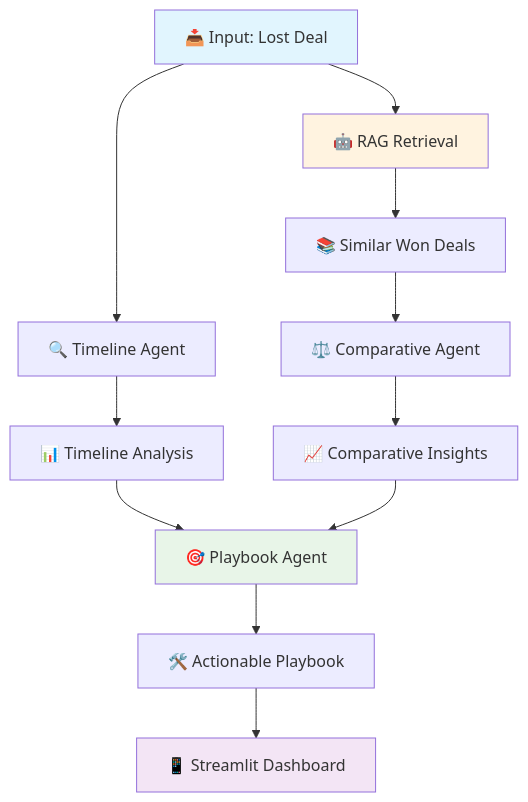
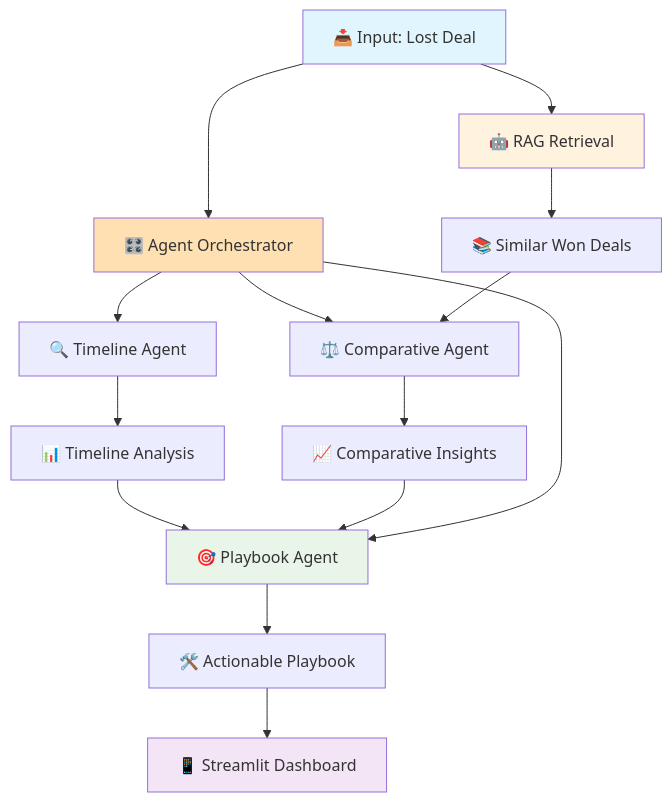
Before and after one commit to Ravikant2003/Deal-forensics: the diagram in README.md, drawn with Mermaid. The commit also changed other lines of this file, not shown here.

First line of the commit message:
Enhance README with Agent Orchestrator details

````diff
--- a/README.md
+++ b/README.md
@@ -39,18 +41,22 @@
 ```mermaid
 graph TD
-    A[📥 Input: Lost Deal] --> B[🔍 Timeline Agent]
-    B --> C[📊 Timeline Analysis]
-    A --> D[🤖 RAG Retrieval]
-    D --> E[📚 Similar Won Deals]
-    E --> F[⚖️ Comparative Agent]
-    F --> G[📈 Comparative Insights]
-    C --> H[🎯 Playbook Agent]
-    G --> H
-    H --> I[🛠️ Actionable Playbook]
-    I --> J[📱 Streamlit Dashboard]
+    A[📥 Input: Lost Deal] --> B[🎛️ Agent Orchestrator]
+    B --> C[🔍 Timeline Agent]
+    C --> D[📊 Timeline Analysis]
+    A --> E[🤖 RAG Retrieval]
+    E --> F[📚 Similar Won Deals]
+    B --> G[⚖️ Comparative Agent]
+    F --> G
+    G --> H[📈 Comparative Insights]
+    D --> I[🎯 Playbook Agent]
+    H --> I
+    B --> I
+    I --> J[🛠️ Actionable Playbook]
+    J --> K[📱 Streamlit Dashboard]
     
     style A fill:#e1f5fe
-    style D fill:#fff3e0
-    style H fill:#e8f5e8
-    style J fill:#f3e5f5
+    style B fill:#ffe0b2
+    style E fill:#fff3e0
+    style I fill:#e8f5e8
+    style K fill:#f3e5f5
 ```
````
